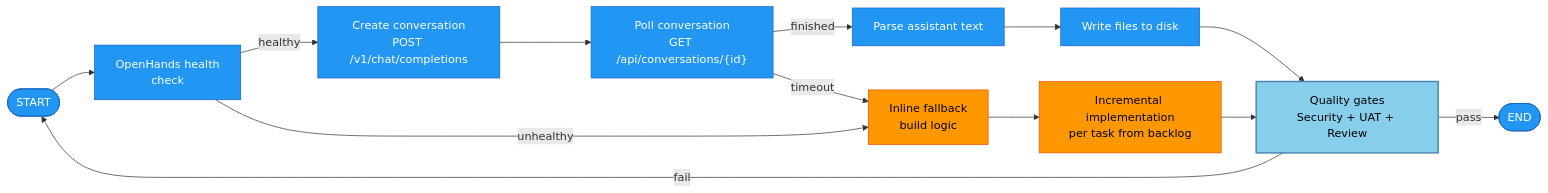
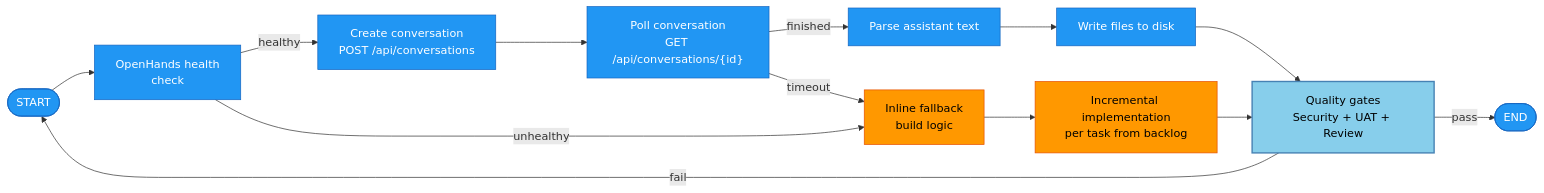
The second of 4 diagrams in README.md (terrygzhou/loop_engineering_factory), drawn with Mermaid before and after one commit. The commit also changed other lines of this file, not shown here.

````diff
--- a/README.md
+++ b/README.md
@@ -52,27 +52,27 @@
 ```mermaid
 graph LR
     START([START]) --> OH_CHECK["OpenHands health<br/>check"]
 
-    OH_CHECK -->|healthy| CREATE_CONV["Create conversation<br/>POST /v1/chat/completions"]
+    OH_CHECK -->|healthy| CREATE_CONV["Create conversation<br/>POST /api/conversations"]
     OH_CHECK -->|unhealthy| INLINE["Inline fallback<br/>build logic"]
 
     CREATE_CONV --> POLL["Poll conversation<br/>GET /api/conversations/{id}"]
     POLL -->|finished| PARSE["Parse assistant text"]
     POLL -->|timeout| INLINE
 
     PARSE --> WRITE_FILES["Write files to disk"]
     WRITE_FILES --> GATE["Quality gates<br/>Security + UAT + Review"]
     GATE -->|pass| END([END])
     GATE -->|fail| START
 
     INLINE --> INLINE_BUILD["Incremental implementation<br/>per task from backlog"]
     INLINE_BUILD --> GATE
 
     classDef agent fill:#90EE90,stroke:#2E8B57,stroke-width:2px,color:#000
     classDef fallback fill:#FF9800,stroke:#E65100,stroke-width:1px,color:#000
     classDef node fill:#2196F3,stroke:#1565C0,stroke-width:1px,color:#fff
     classDef gate fill:#87CEEB,stroke:#4682B4,stroke-width:2px,color:#000
     class OH_CHECK,CREATE_CONV,POLL,PARSE,WRITE_FILES node
     class INLINE,INLINE_BUILD fallback
     class GATE gate
 ```
````
